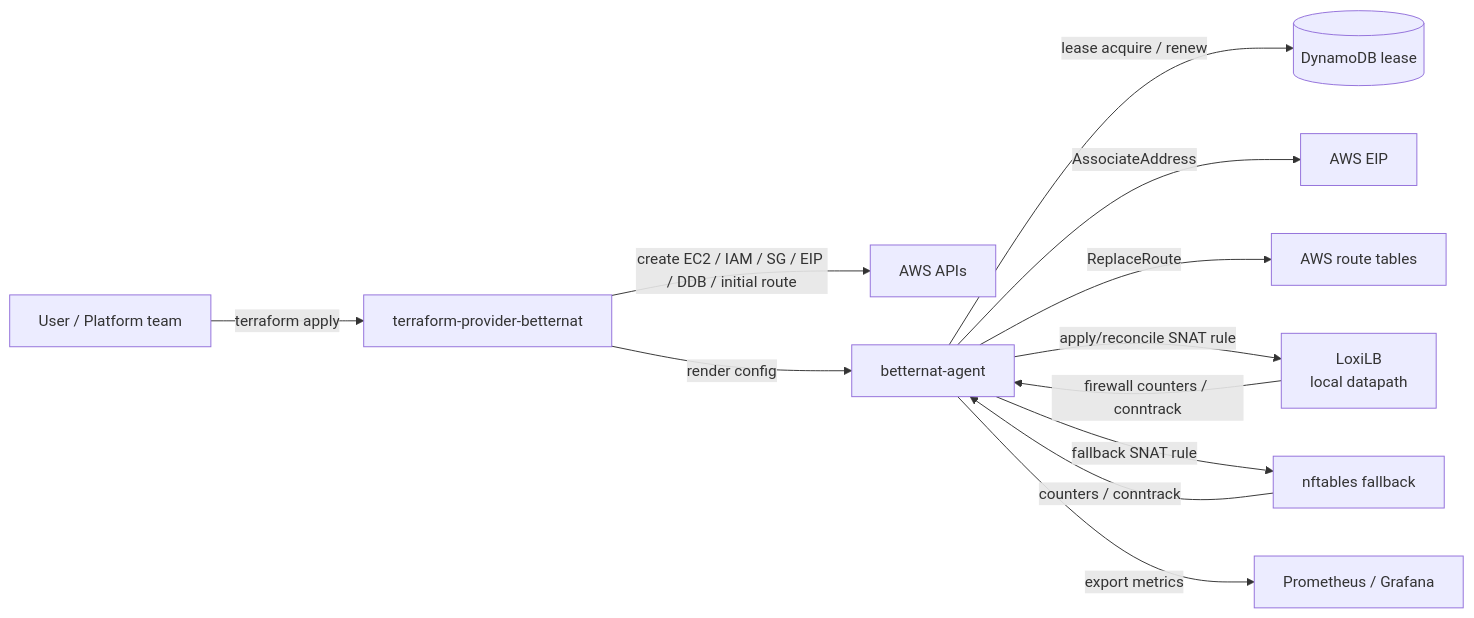
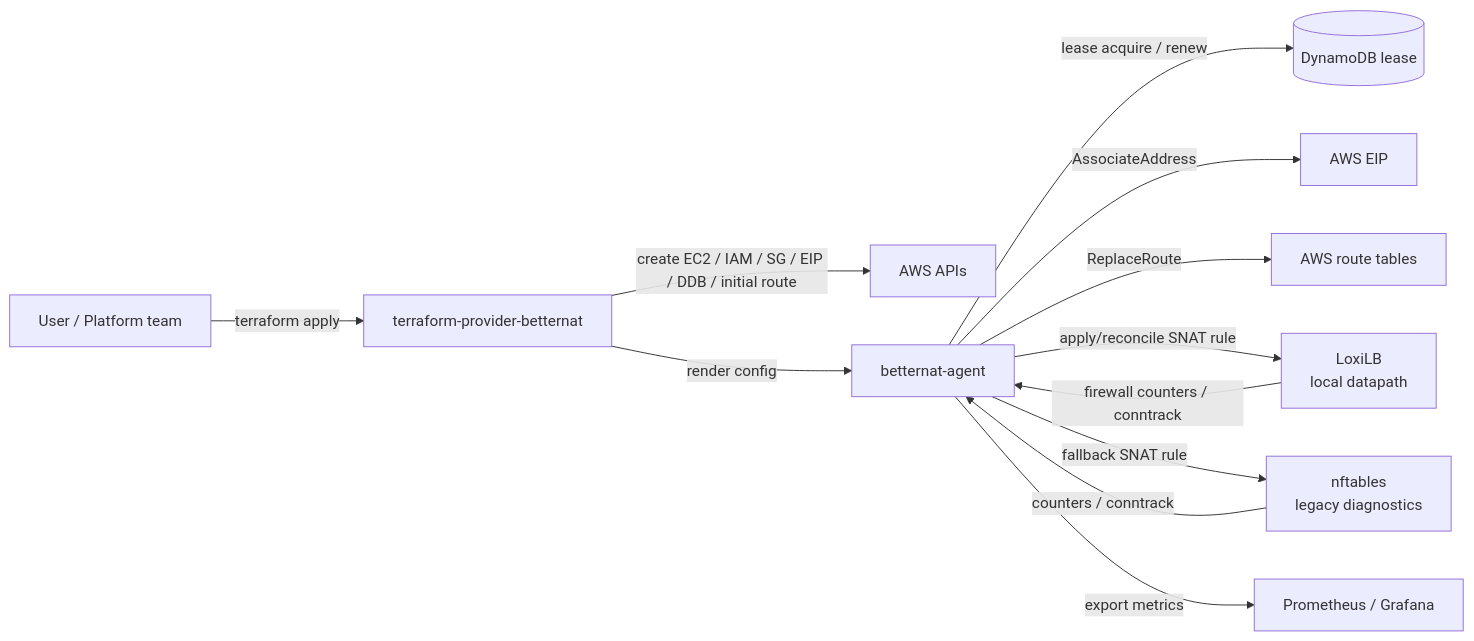
Before and after one commit to nowakeai/betternat: the second of 6 diagrams in docs/architecture-diagram.md, drawn with Mermaid. The commit also changed 21 other files, not shown here.

Commit message:
docs: record no nftables fallback direction

````diff
--- a/docs/architecture-diagram.md
+++ b/docs/architecture-diagram.md
@@ -66,27 +66,27 @@
 ```mermaid
 flowchart LR
   user[User / Platform team]
   tf[terraform-provider-betternat]
   awsapi[AWS APIs]
   agent[betternat-agent]
   loxi[LoxiLB<br/>local datapath]
-  nft[nftables fallback]
+  nft[nftables<br/>legacy diagnostics]
   prom[Prometheus / Grafana]
   ddb[(DynamoDB lease)]
   rt[AWS route tables]
   eip[AWS EIP]
 
   user -->|terraform apply| tf
   tf -->|create EC2 / IAM / SG / EIP / DDB / initial route| awsapi
   tf -->|render config| agent
 
   agent -->|lease acquire / renew| ddb
   agent -->|AssociateAddress| eip
   agent -->|ReplaceRoute| rt
   agent -->|apply/reconcile SNAT rule| loxi
   agent -->|fallback SNAT rule| nft
   agent -->|export metrics| prom
 
   loxi -->|firewall counters / conntrack| agent
   nft -->|counters / conntrack| agent
 ```
````
